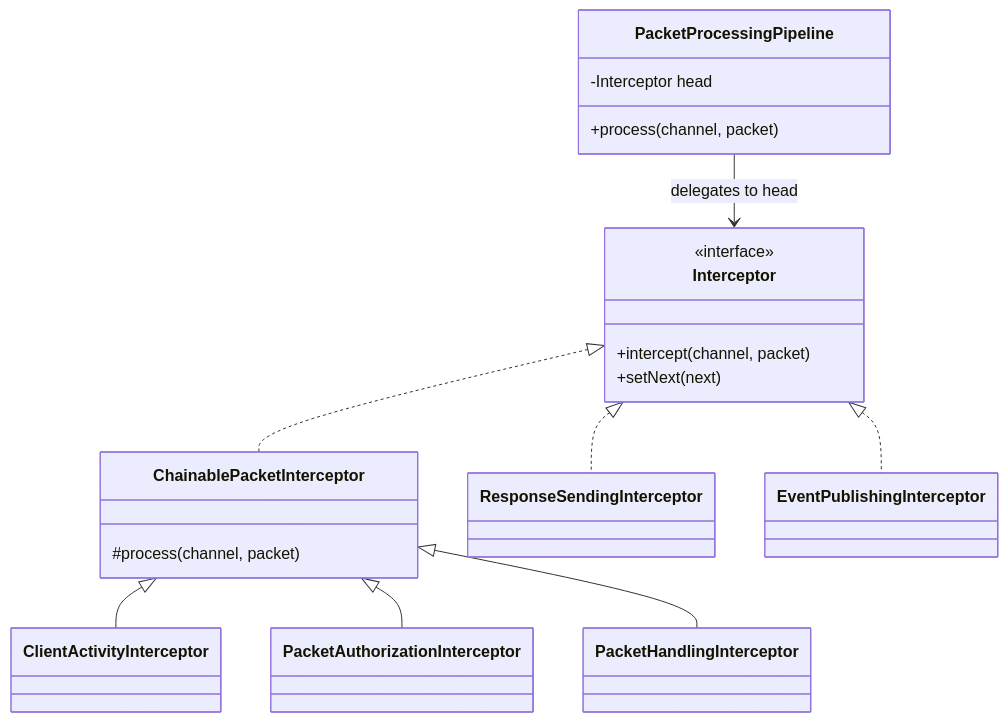
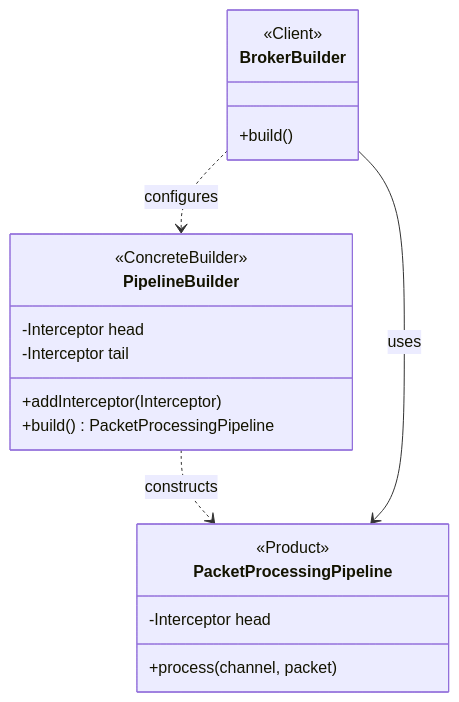
The tenth of 14 diagrams in README.md (karolbystrek/mqtt-broker), drawn with Mermaid before and after one commit. The commit also changed other lines of this file, not shown here.

````diff
--- a/README.md
+++ b/README.md
@@ -357,25 +631,27 @@
 ```mermaid
 classDiagram
-    class Interceptor {
-        <<interface>>
-        +intercept(channel, packet)
-        +setNext(next)
+    %% --- Participants ---
+    class BrokerBuilder {
+        <<Client>>
+        +build()
     }
-    class ChainablePacketInterceptor {
-        #process(channel, packet)
+
+    class PipelineBuilder {
+        <<ConcreteBuilder>>
+        -Interceptor head
+        -Interceptor tail
+        +addInterceptor(Interceptor)
+        +build() PacketProcessingPipeline
     }
+
     class PacketProcessingPipeline {
+        <<Product>>
         -Interceptor head
         +process(channel, packet)
     }
-    
-    Interceptor <|.. ChainablePacketInterceptor
-    Interceptor <|.. ResponseSendingInterceptor
-    Interceptor <|.. EventPublishingInterceptor
-    
-    ChainablePacketInterceptor <|-- ClientActivityInterceptor
-    ChainablePacketInterceptor <|-- PacketAuthorizationInterceptor
-    ChainablePacketInterceptor <|-- PacketHandlingInterceptor
-    
-    PacketProcessingPipeline --> Interceptor : delegates to head
+
+    %% --- Relationships ---
+    BrokerBuilder ..> PipelineBuilder : configures
+    PipelineBuilder ..> PacketProcessingPipeline : constructs
+    BrokerBuilder --> PacketProcessingPipeline : uses
 ```
````
